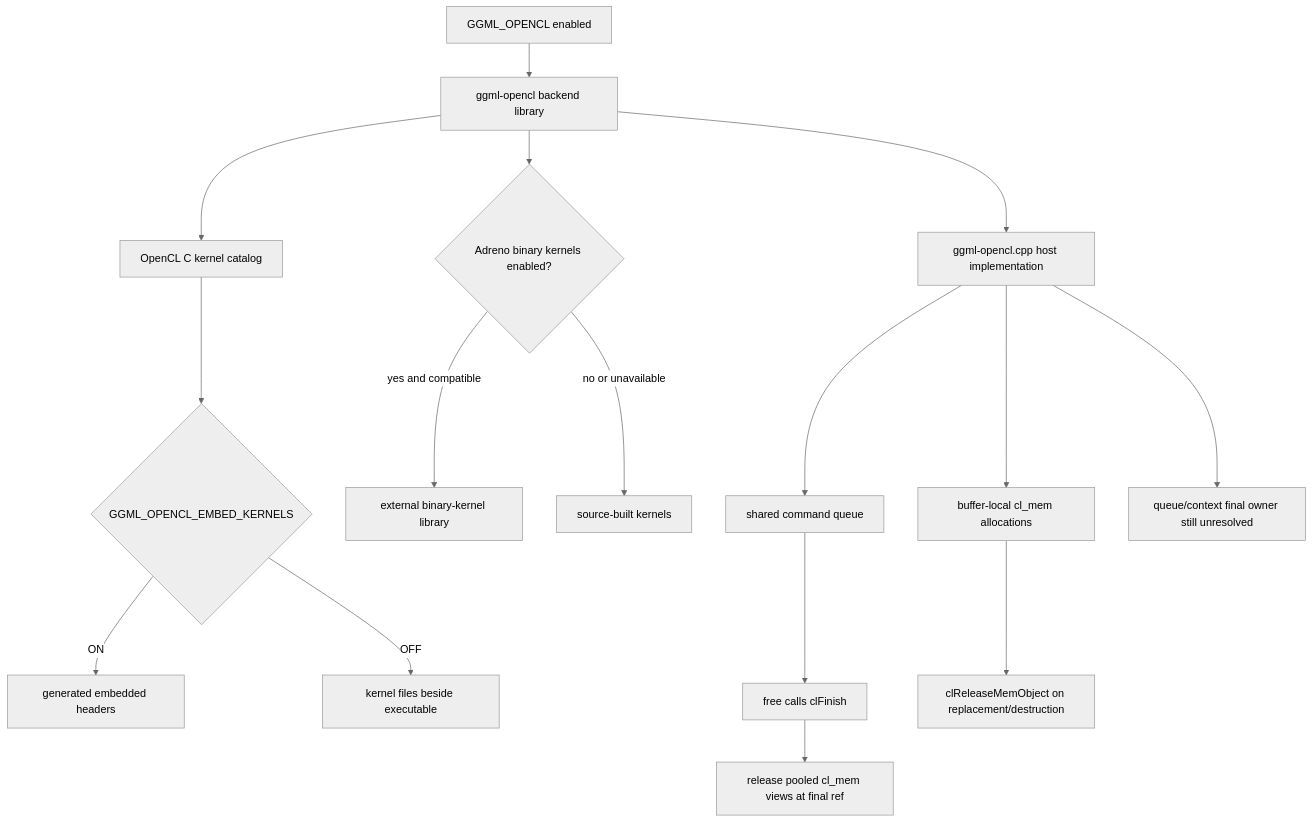
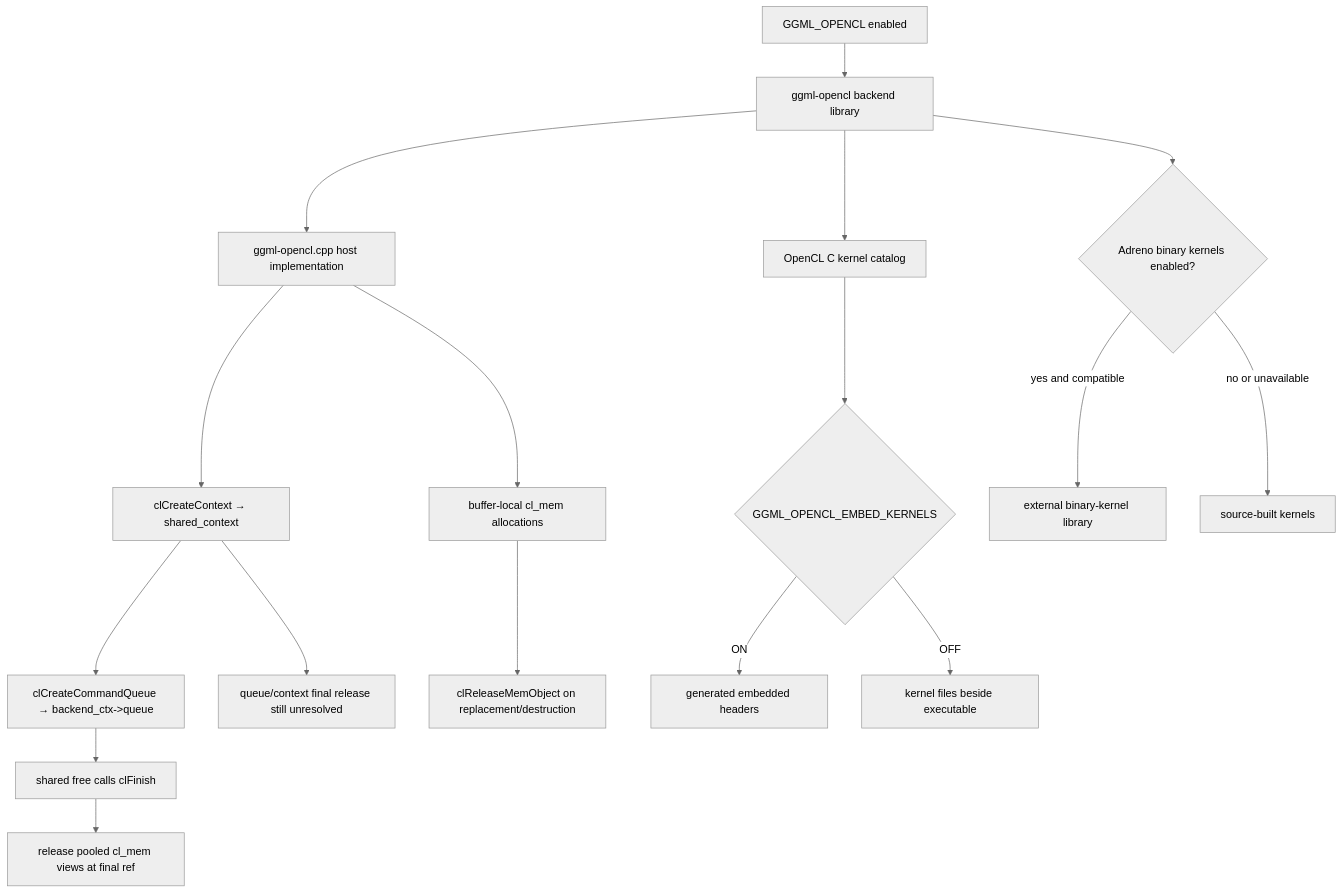
One commit to mohammed-alaa40123/How.to.llama.cpp changed the diagram in docs/architecture/opencl-build-and-buffer-lifetimes.md. Above: the diagram before and after it, drawn with Mermaid (neutral theme). The commit also changed other lines of this file, not shown here.

Commit message:
docs: map pinned OpenCL queue and context creation sites

````diff
--- a/docs/architecture/opencl-build-and-buffer-lifetimes.md
+++ b/docs/architecture/opencl-build-and-buffer-lifetimes.md
@@ -11,18 +11,19 @@
 ```mermaid
 flowchart TD
     O[GGML_OPENCL enabled] --> C[ggml-opencl backend library]
     C --> H[ggml-opencl.cpp host implementation]
     C --> K[OpenCL C kernel catalog]
     K --> E{GGML_OPENCL_EMBED_KERNELS}
     E -->|ON| EH[generated embedded headers]
     E -->|OFF| KF[kernel files beside executable]
     C --> B{Adreno binary kernels enabled?}
     B -->|yes and compatible| BK[external binary-kernel library]
     B -->|no or unavailable| SK[source-built kernels]
-    H --> Q[shared command queue]
-    Q --> F[free calls clFinish]
+    H --> SC[clCreateContext → shared_context]
+    SC --> BC[clCreateCommandQueue → backend_ctx->queue]
+    BC --> F[shared free calls clFinish]
     F --> P[release pooled cl_mem views at final ref]
     H --> M[buffer-local cl_mem allocations]
     M --> R[clReleaseMemObject on replacement/destruction]
-    H --> U[queue/context final owner still unresolved]
+    SC --> U[queue/context final release still unresolved]
 ```
````
